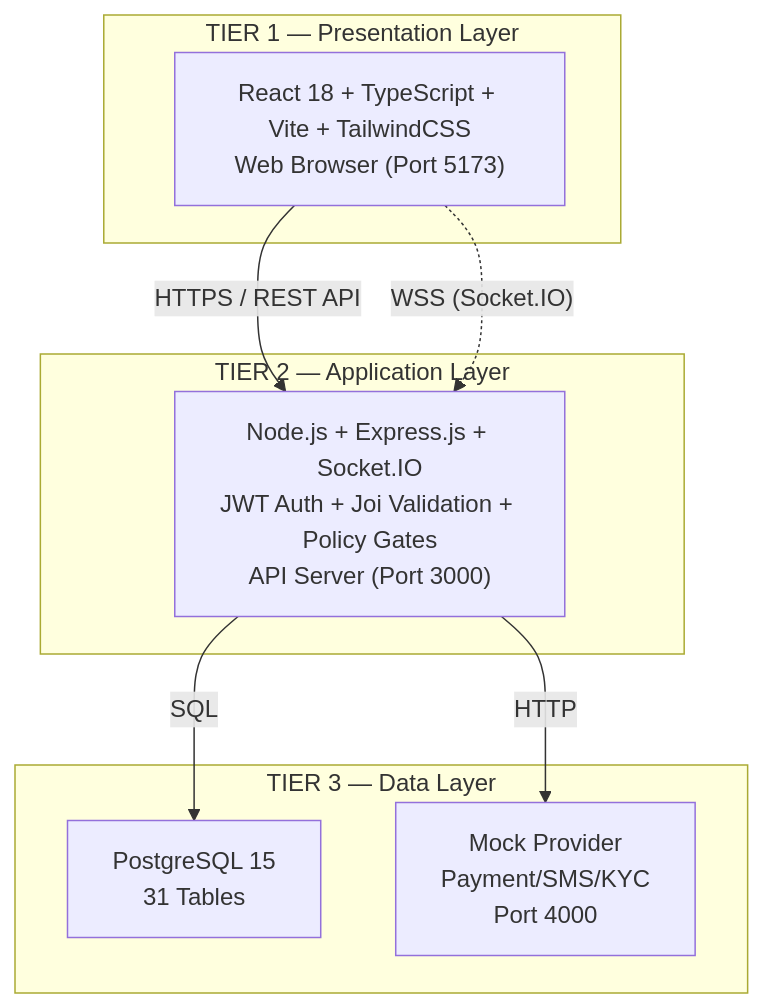
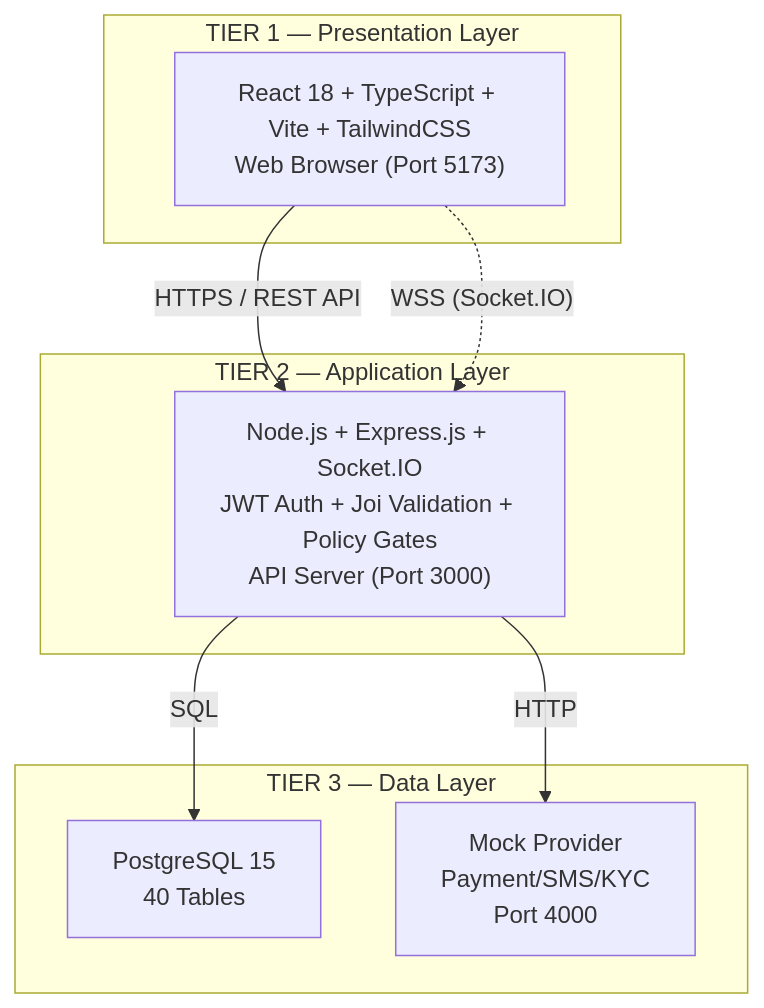
One commit to SakdaRt/Careconnect changed the first of 2 diagrams in THESIS_CONTENT_CH3_PART1.md. Above: the diagram before and after it, drawn with Mermaid. The commit also changed other lines of this file and 3 other files, not shown here.

````diff
--- a/THESIS_CONTENT_CH3_PART1.md
+++ b/THESIS_CONTENT_CH3_PART1.md
@@ -17,17 +17,17 @@
 ```mermaid
 graph TB
     subgraph "TIER 1 — Presentation Layer"
         FE["React 18 + TypeScript + Vite + TailwindCSS<br/>Web Browser (Port 5173)"]
     end
     subgraph "TIER 2 — Application Layer"
         BE["Node.js + Express.js + Socket.IO<br/>JWT Auth + Joi Validation + Policy Gates<br/>API Server (Port 3000)"]
     end
     subgraph "TIER 3 — Data Layer"
-        DB["PostgreSQL 15<br/>31 Tables"]
+        DB["PostgreSQL 15<br/>40 Tables"]
         MOCK["Mock Provider<br/>Payment/SMS/KYC<br/>Port 4000"]
     end
     FE -->|"HTTPS / REST API"| BE
     FE -.->|"WSS (Socket.IO)"| BE
     BE -->|"SQL"| DB
     BE -->|"HTTP"| MOCK
 ```
````
